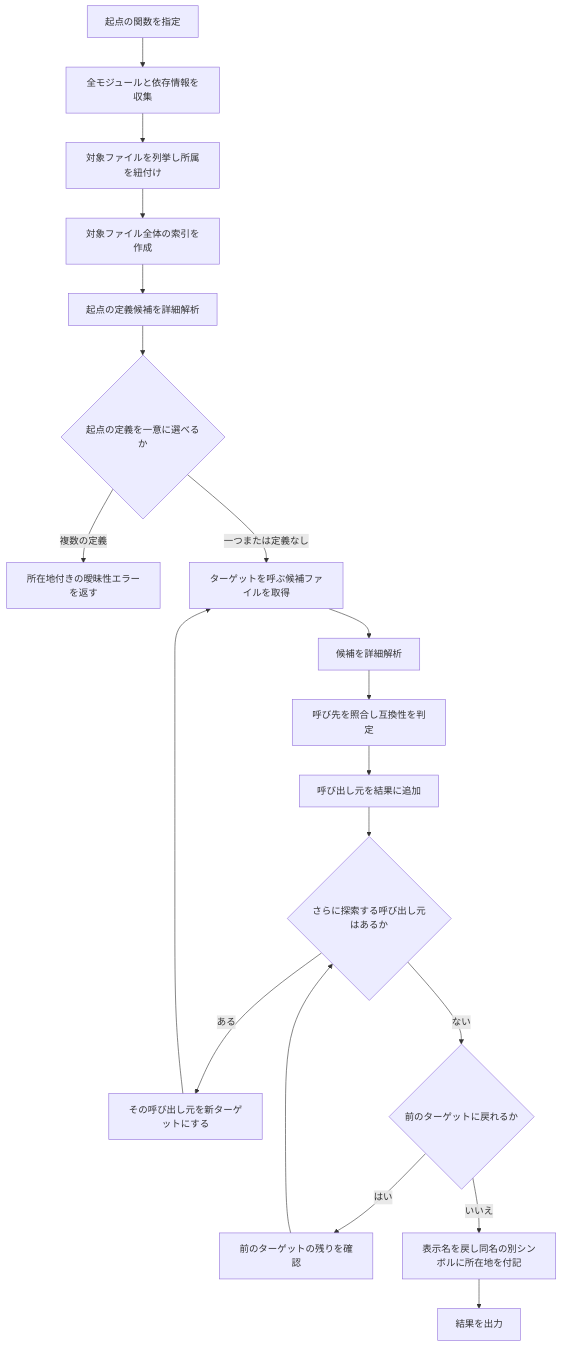
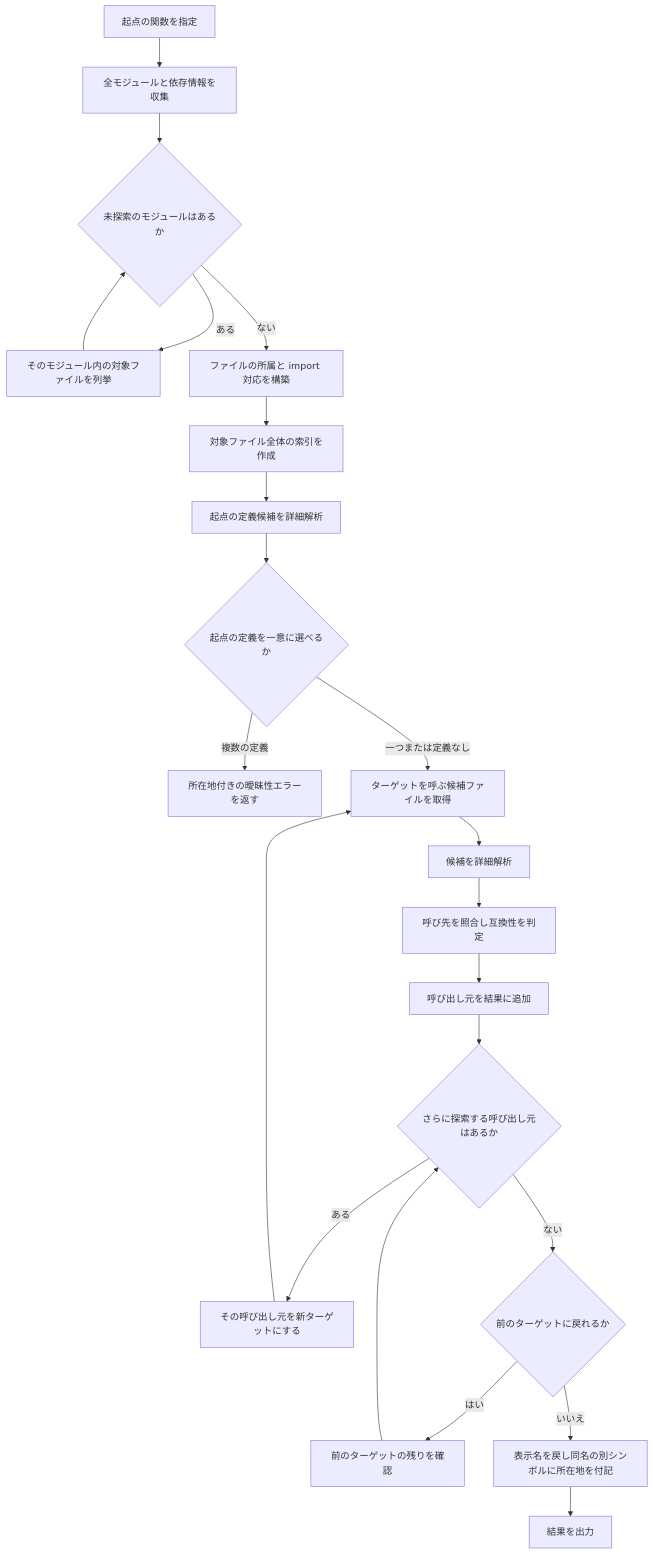
Before and after one commit to meian/rev-callgraph: the first of 3 diagrams in docs/how-it-works.md, drawn with Mermaid. The commit also changed other lines of this file and 4 other files, not shown here.

````diff
--- a/docs/how-it-works.md
+++ b/docs/how-it-works.md
@@ -25,21 +25,24 @@
 ```mermaid
 flowchart TD
     Input[起点の関数を指定] --> Modules[全モジュールと依存情報を収集]
-    Modules --> Files[対象ファイルを列挙し所属を紐付け]
-    Files --> Index[対象ファイル全体の索引を作成]
+    Modules --> Module{未探索のモジュールはあるか}
+    Module -->|ある| Files[そのモジュール内の対象ファイルを列挙]
+    Files --> Module
+    Module -->|ない| Packages[ファイルの所属と import 対応を構築]
+    Packages --> Index[対象ファイル全体の索引を作成]
     Index --> Root[起点の定義候補を詳細解析]
     Root --> Unique{起点の定義を一意に選べるか}
     Unique -->|複数の定義| Error[所在地付きの曖昧性エラーを返す]
     Unique -->|一つまたは定義なし| Search[ターゲットを呼ぶ候補ファイルを取得]
     Search --> Parse[候補を詳細解析]
     Parse --> Match[呼び先を照合し互換性を判定]
     Match --> Keep[呼び出し元を結果に追加]
     Keep --> Next{さらに探索する呼び出し元はあるか}
     Next -->|ある| Target[その呼び出し元を新ターゲットにする]
     Target --> Search
     Next -->|ない| Back{前のターゲットに戻れるか}
     Back -->|はい| Resume[前のターゲットの残りを確認]
     Resume --> Next
     Back -->|いいえ| Display[表示名を戻し同名の別シンボルに所在地を付記]
     Display --> Output[結果を出力]
 ```
````
